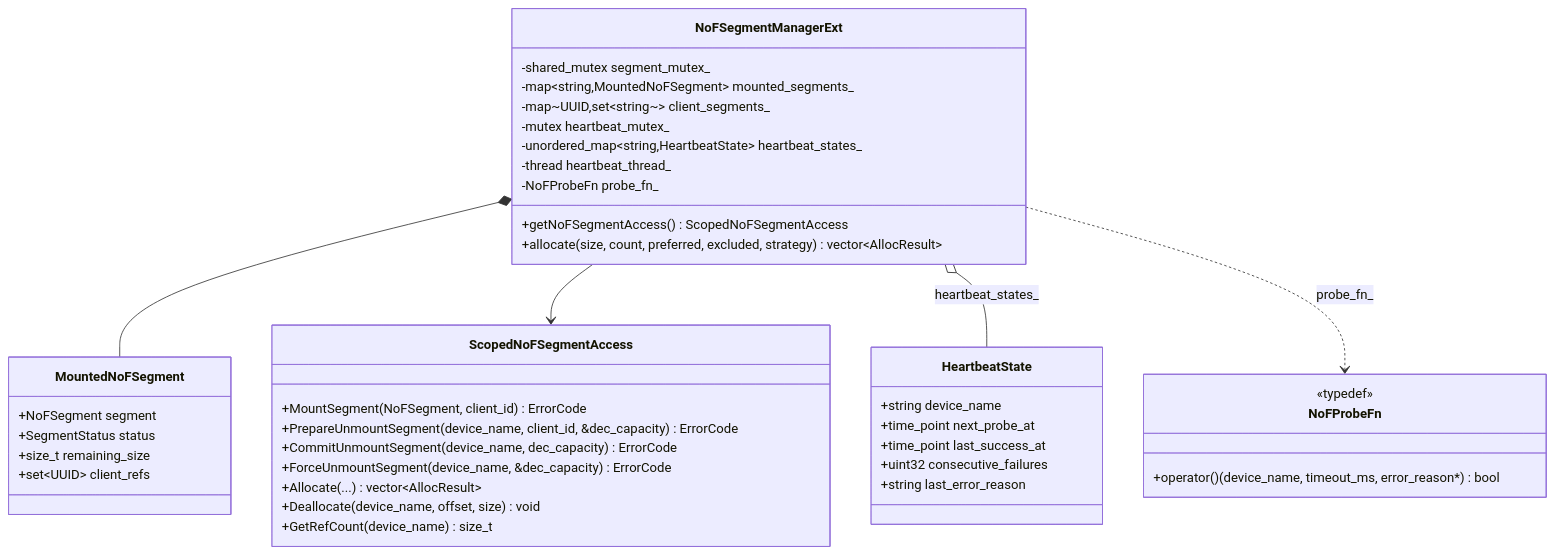
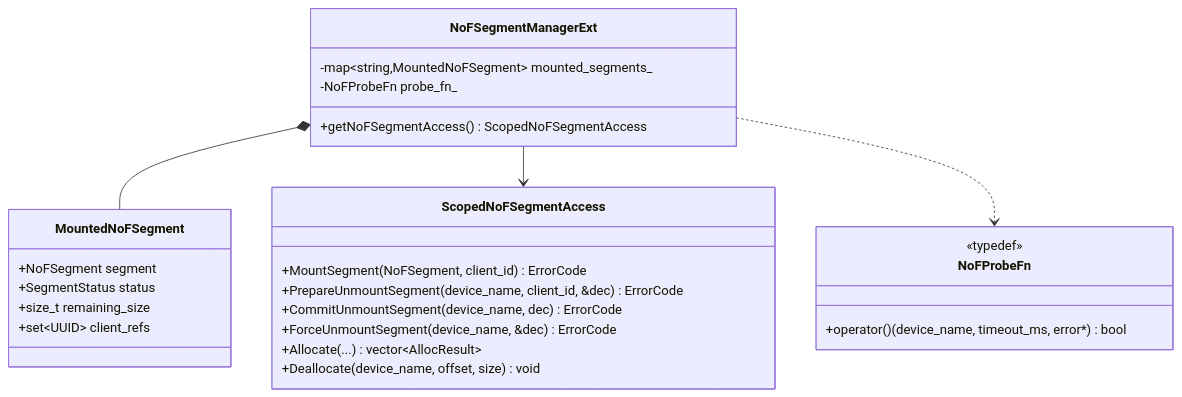
Before and after one commit to yz53665/Mooncake: the sixth of 11 diagrams in docs/rfc-nds-nvmeof-transport-cn.md, drawn with Mermaid. The commit also changed other lines of this file and 2 other files, not shown here.

````diff
--- a/docs/rfc-nds-nvmeof-transport-cn.md
+++ b/docs/rfc-nds-nvmeof-transport-cn.md
@@ -385,51 +214,29 @@
 ```mermaid
 classDiagram
-    direction TB
-
     class MountedNoFSegment {
         +NoFSegment segment
         +SegmentStatus status
         +size_t remaining_size
         +set~UUID~ client_refs
     }
-
     class NoFSegmentManagerExt {
-        -shared_mutex segment_mutex_
         -map~string,MountedNoFSegment~ mounted_segments_
-        -map~UUID,set~string~~ client_segments_
-        -mutex heartbeat_mutex_
-        -unordered_map~string,HeartbeatState~ heartbeat_states_
-        -thread heartbeat_thread_
         -NoFProbeFn probe_fn_
         +getNoFSegmentAccess() ScopedNoFSegmentAccess
-        +allocate(size, count, preferred, excluded, strategy) vector~AllocResult~
     }
-
     class ScopedNoFSegmentAccess {
         +MountSegment(NoFSegment, client_id) ErrorCode
-        +PrepareUnmountSegment(device_name, client_id, &dec_capacity) ErrorCode
-        +CommitUnmountSegment(device_name, dec_capacity) ErrorCode
-        +ForceUnmountSegment(device_name, &dec_capacity) ErrorCode
+        +PrepareUnmountSegment(device_name, client_id, &dec) ErrorCode
+        +CommitUnmountSegment(device_name, dec) ErrorCode
+        +ForceUnmountSegment(device_name, &dec) ErrorCode
         +Allocate(...) vector~AllocResult~
         +Deallocate(device_name, offset, size) void
-        +GetRefCount(device_name) size_t
     }
-
-    class HeartbeatState {
-        +string device_name
-        +time_point next_probe_at
-        +time_point last_success_at
-        +uint32 consecutive_failures
-        +string last_error_reason
-    }
-
     class NoFProbeFn {
         <<typedef>>
-        +operator()(device_name, timeout_ms, error_reason*) bool
+        +operator()(device_name, timeout_ms, error*) bool
     }
-
     NoFSegmentManagerExt *-- MountedNoFSegment
     NoFSegmentManagerExt --> ScopedNoFSegmentAccess
-    NoFSegmentManagerExt o-- HeartbeatState : heartbeat_states_
-    NoFSegmentManagerExt ..> NoFProbeFn : probe_fn_
+    NoFSegmentManagerExt ..> NoFProbeFn
 ```
````
